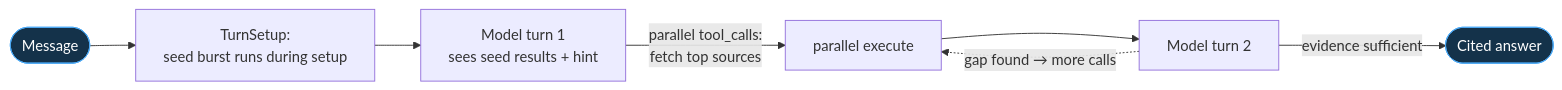
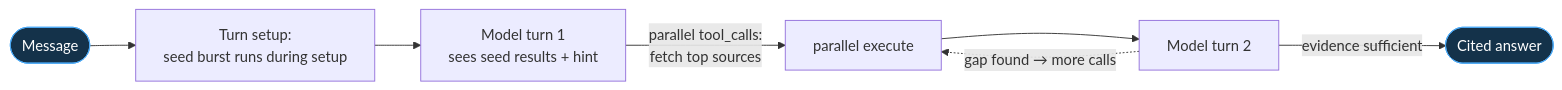
One commit to hellonish/singularity changed the third of 7 diagrams in README.md. Above: the diagram before and after it, drawn with Mermaid. The commit also changed other lines of this file and 109 other files, not shown here.

````diff
--- a/README.md
+++ b/README.md
@@ -615,9 +539,9 @@
 ```mermaid
 flowchart LR
-    U([Message]) --> S["TurnSetup:<br/>seed burst runs during setup"] --> M1["Model turn 1<br/>sees seed results + hint"]
+    U([Message]) --> S["Turn setup:<br/>seed burst runs during setup"] --> M1["Model turn 1<br/>sees seed results + hint"]
     M1 -->|"parallel tool_calls:<br/>fetch top sources"| E["parallel execute"] --> M2["Model turn 2"]
     M2 -->|"evidence sufficient"| A([Cited answer])
     M2 -.->|"gap found → more calls"| E
     classDef terminal fill:#14324a,stroke:#4dabf7,color:#fff;
     class U,A terminal;
 ```
````
